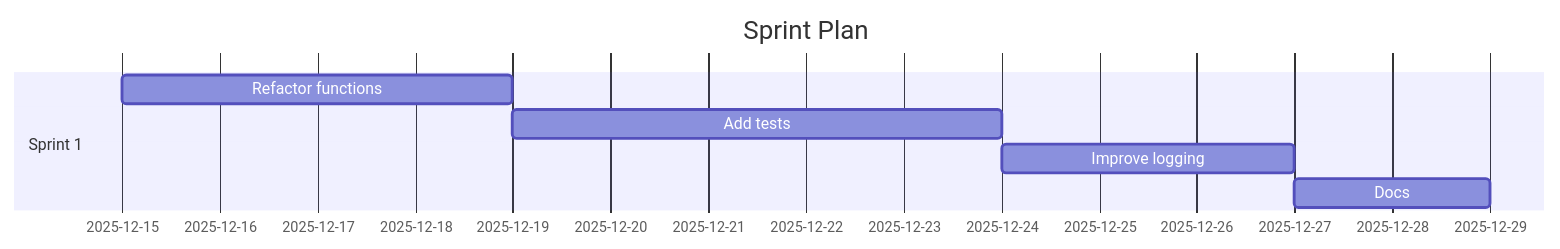
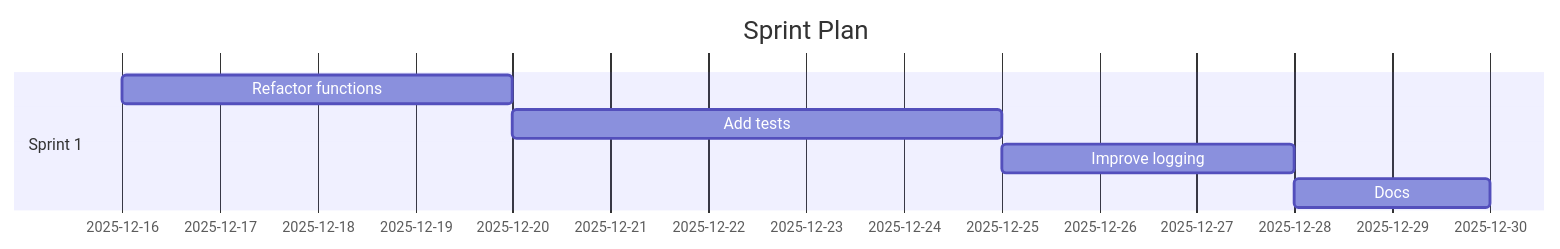
The diagram in demos/demo-code-analysis.sprint.md (Anselmoo/mcp-ai-agent-guidelines), drawn with Mermaid before and after one commit. The commit also changed other lines of this file and 23 other files, not shown here.

````diff
--- a/demos/demo-code-analysis.sprint.md
+++ b/demos/demo-code-analysis.sprint.md
@@ -59,11 +59,11 @@
 ```mermaid
 gantt
 	dateFormat  YYYY-MM-DD
 	title Sprint Plan
 %% Accessibility: Title=Project Sprint Plan; Description=Gantt chart of sprints and tasks over time. %%
   section Sprint 1
-  Refactor functions :s1t0, 2025-12-15, 4d
-  Add tests :s1t1, 2025-12-19, 5d
-  Improve logging :s1t2, 2025-12-24, 3d
-  Docs :s1t3, 2025-12-27, 2d
+  Refactor functions :s1t0, 2025-12-16, 4d
+  Add tests :s1t1, 2025-12-20, 5d
+  Improve logging :s1t2, 2025-12-25, 3d
+  Docs :s1t3, 2025-12-28, 2d
 ```
````
